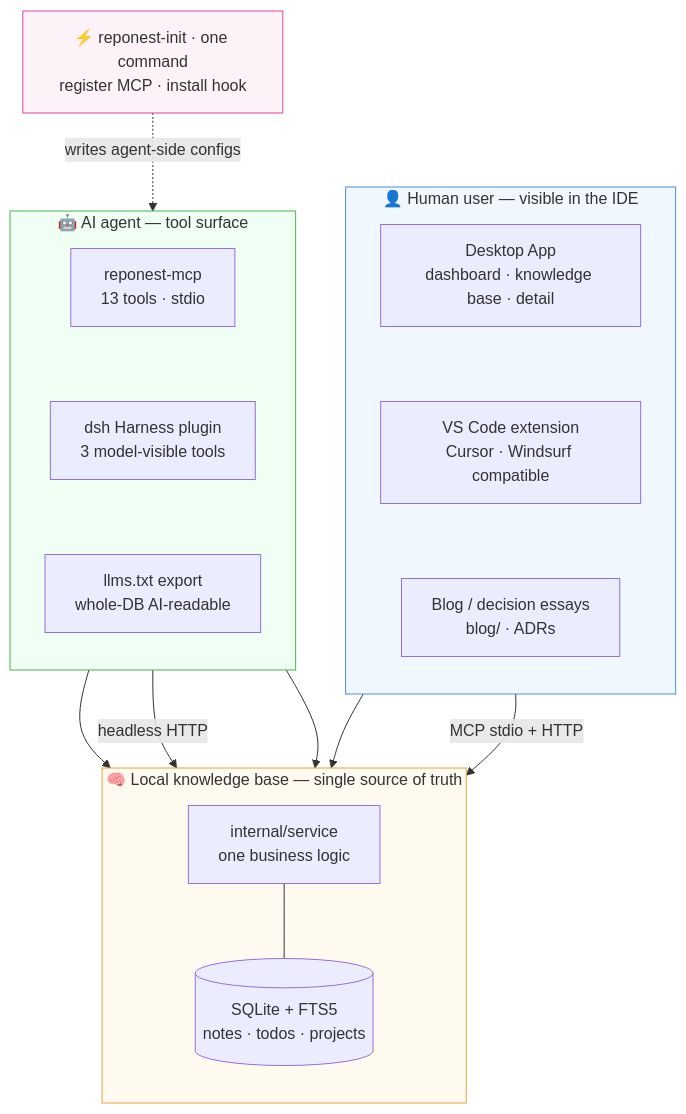
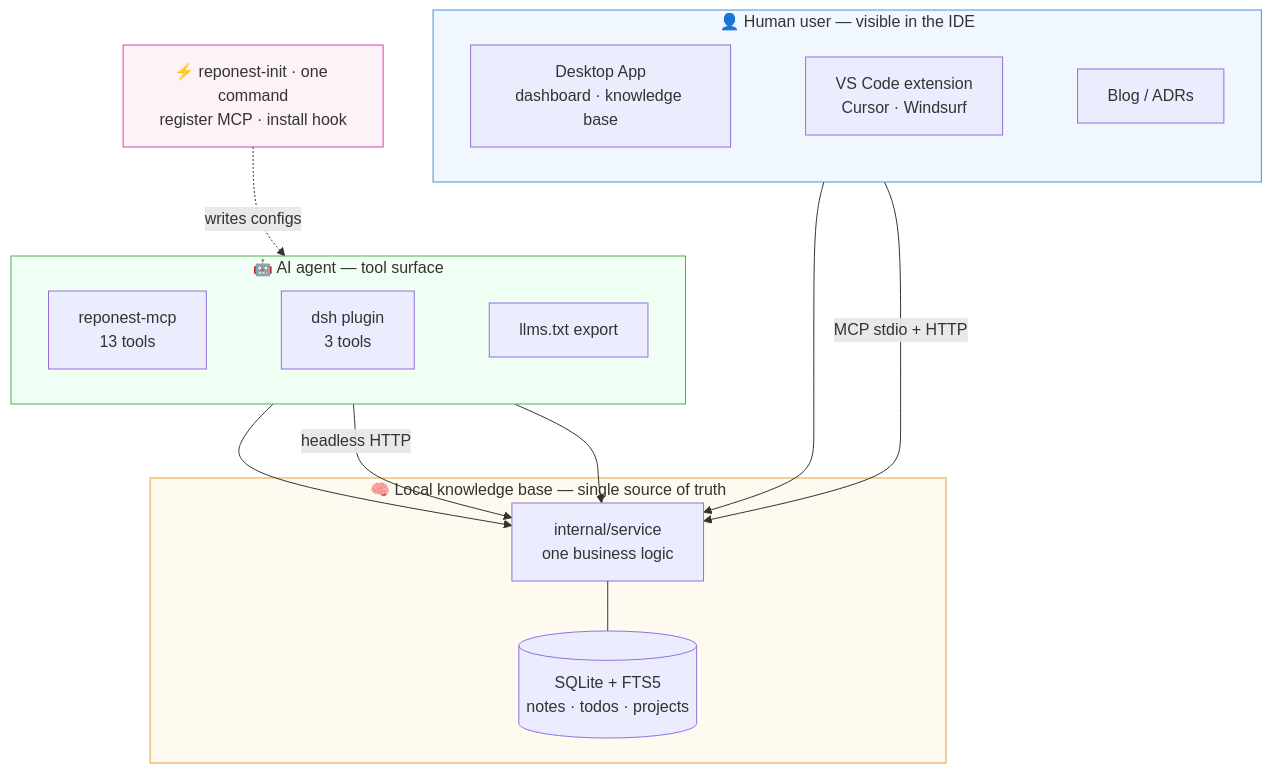
Before and after one commit to sky-jiangcheng/RepoNest: the third of 3 diagrams in docs/en/index.md, drawn with Mermaid. The commit also changed other lines of this file and 8 other files, not shown here.

Commit message:
docs(diagrams): improve readability of dense architecture diagrams

````diff
--- a/docs/en/index.md
+++ b/docs/en/index.md
@@ -70,37 +70,37 @@
 ```mermaid
 flowchart TB
     subgraph HUMAN["👤 Human user — visible in the IDE"]
-        direction TB
-        DESKTOP["Desktop App<br/>dashboard · knowledge base · detail"]
-        VSCODE["VS Code extension<br/>Cursor · Windsurf compatible"]
-        BLOG["Blog / decision essays<br/>blog/ · ADRs"]
+        direction LR
+        DESKTOP["Desktop App<br/>dashboard · knowledge base"]
+        VSCODE["VS Code extension<br/>Cursor · Windsurf"]
+        BLOG["Blog / ADRs"]
         DESKTOP ~~~ VSCODE ~~~ BLOG
     end
 
     subgraph AGENT["🤖 AI agent — tool surface"]
-        direction TB
-        MCP["reponest-mcp<br/>13 tools · stdio"]
-        DSH["dsh Harness plugin<br/>3 model-visible tools"]
-        LLMSTXT["llms.txt export<br/>whole-DB AI-readable"]
+        direction LR
+        MCP["reponest-mcp<br/>13 tools"]
+        DSH["dsh plugin<br/>3 tools"]
+        LLMSTXT["llms.txt export"]
         MCP ~~~ DSH ~~~ LLMSTXT
     end
 
     subgraph CORE["🧠 Local knowledge base — single source of truth"]
-        direction TB
         SERVICE["internal/service<br/>one business logic"] --- DB[("SQLite + FTS5<br/>notes · todos · projects")]
     end
 
+    HUMAN ~~~ AGENT ~~~ CORE
     DESKTOP --> SERVICE
     VSCODE -->|"MCP stdio + HTTP"| SERVICE
     MCP --> SERVICE
     DSH -->|"headless HTTP"| SERVICE
     LLMSTXT --> SERVICE
 
     INIT["⚡ reponest-init · one command<br/>register MCP · install hook"]
-    INIT -.->|"writes agent-side configs"| MCP
+    INIT -.->|"writes configs"| MCP
 
     style HUMAN fill:#f0f7ff,stroke:#4a90d9
     style AGENT fill:#f0fff4,stroke:#4caf50
     style CORE fill:#fffaf0,stroke:#e6a23c
     style INIT fill:#fdf2f8,stroke:#d946a0
 ```
````
